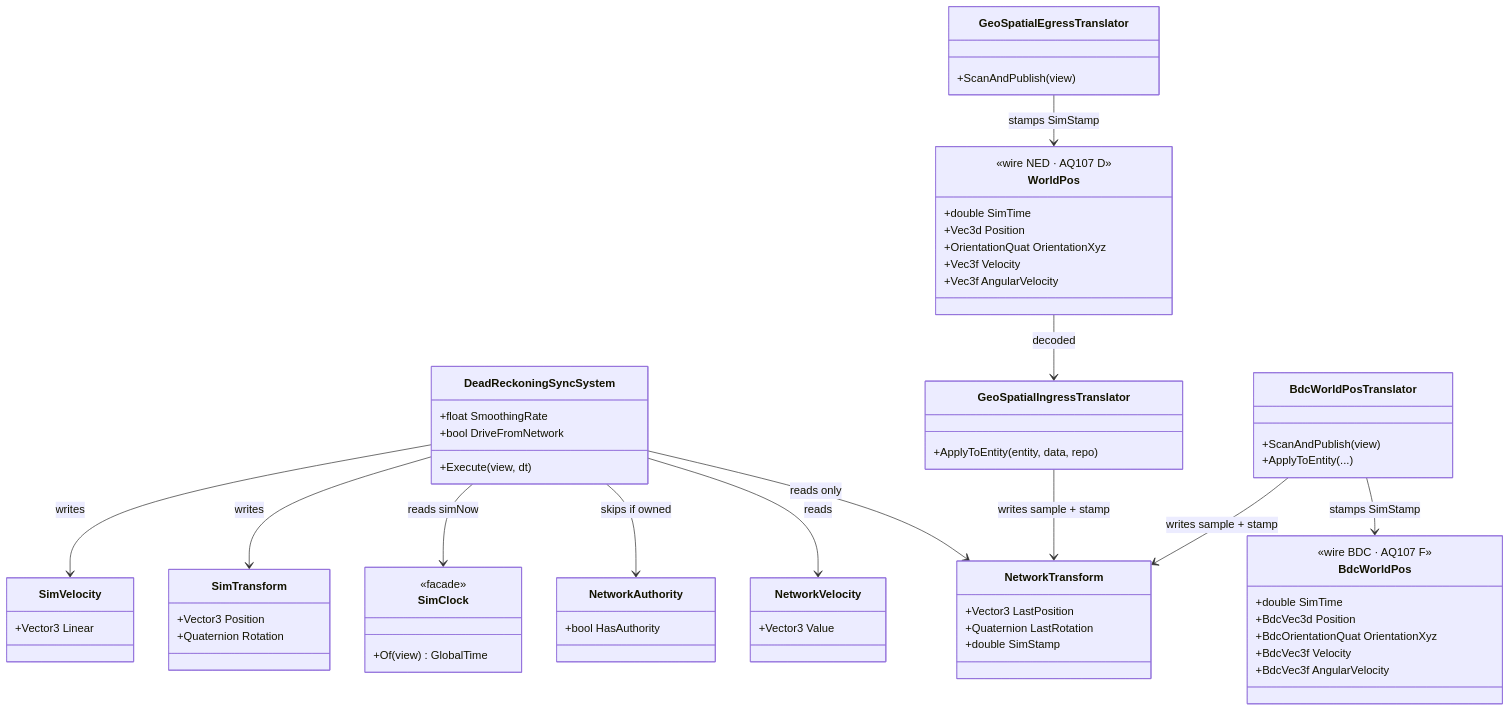
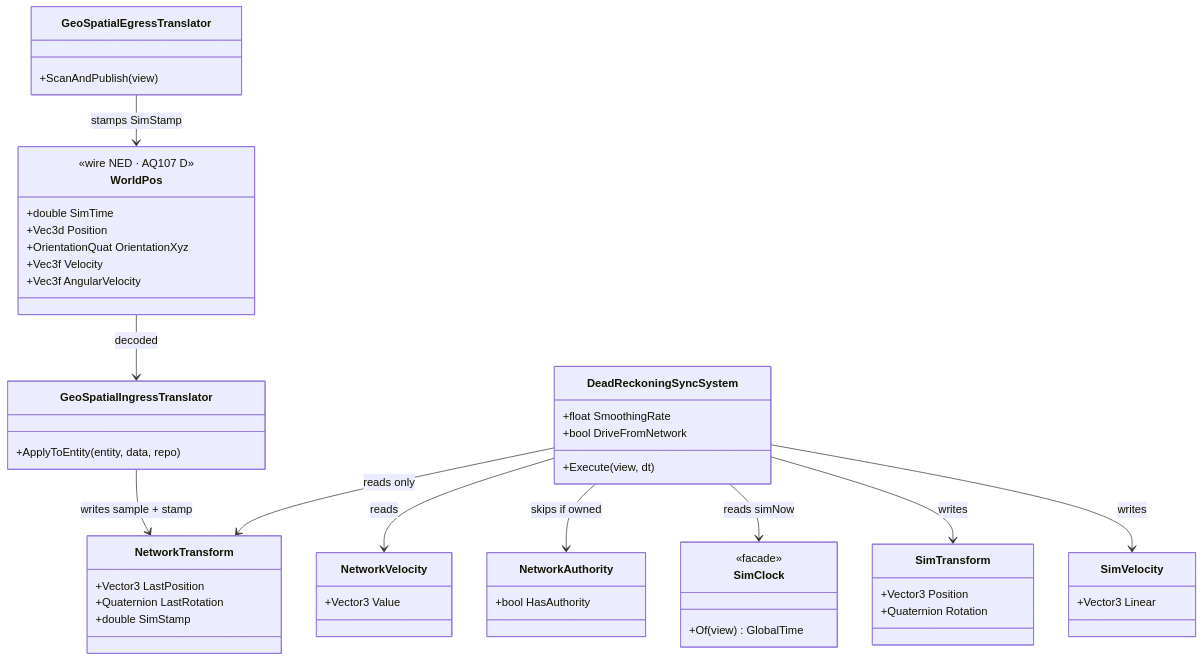
The first of 4 diagrams in docs/DESIGN_Dead_Reckoning.md (pjanec/HROT), drawn with Mermaid before and after one commit. The commit also changed other lines of this file and 137 other files, not shown here.

First line of the commit message:
R-4095 / CE-4077: remove the BDC network stack — Hrot.Network.BDC(+Tests), the runner's --network option, BDC wire rows and docs; the four TKB files take their NedTkb names

````diff
--- a/docs/DESIGN_Dead_Reckoning.md
+++ b/docs/DESIGN_Dead_Reckoning.md
@@ -75,68 +77,54 @@
 ```mermaid
 classDiagram
     class SimTransform {
         +Vector3 Position
         +Quaternion Rotation
     }
     class SimVelocity {
         +Vector3 Linear
     }
     class NetworkTransform {
         +Vector3 LastPosition
         +Quaternion LastRotation
         +double SimStamp
     }
     class NetworkVelocity {
         +Vector3 Value
     }
     class NetworkAuthority {
         +bool HasAuthority
     }
     class DeadReckoningSyncSystem {
         +float SmoothingRate
         +bool DriveFromNetwork
         +Execute(view, dt)
     }
     class WorldPos {
         <<wire NED · AQ107 D>>
         +double SimTime
         +Vec3d Position
         +OrientationQuat OrientationXyz
         +Vec3f Velocity
         +Vec3f AngularVelocity
     }
-    class BdcWorldPos {
-        <<wire BDC · AQ107 F>>
-        +double SimTime
-        +BdcVec3d Position
-        +BdcOrientationQuat OrientationXyz
-        +BdcVec3f Velocity
-        +BdcVec3f AngularVelocity
-    }
     class GeoSpatialEgressTranslator {
         +ScanAndPublish(view)
     }
     class GeoSpatialIngressTranslator {
         +ApplyToEntity(entity, data, repo)
-    }
-    class BdcWorldPosTranslator {
-        +ScanAndPublish(view)
-        +ApplyToEntity(...)
     }
     class SimClock {
         <<facade>>
         +Of(view) GlobalTime
     }
 
     GeoSpatialEgressTranslator --> WorldPos : stamps SimStamp
-    BdcWorldPosTranslator --> BdcWorldPos : stamps SimStamp
     WorldPos --> GeoSpatialIngressTranslator : decoded
     GeoSpatialIngressTranslator --> NetworkTransform : writes sample + stamp
-    BdcWorldPosTranslator --> NetworkTransform : writes sample + stamp
     DeadReckoningSyncSystem --> NetworkTransform : reads only
     DeadReckoningSyncSystem --> NetworkVelocity : reads
     DeadReckoningSyncSystem --> NetworkAuthority : skips if owned
     DeadReckoningSyncSystem --> SimClock : reads simNow
     DeadReckoningSyncSystem --> SimTransform : writes
     DeadReckoningSyncSystem --> SimVelocity : writes
 ```
````
